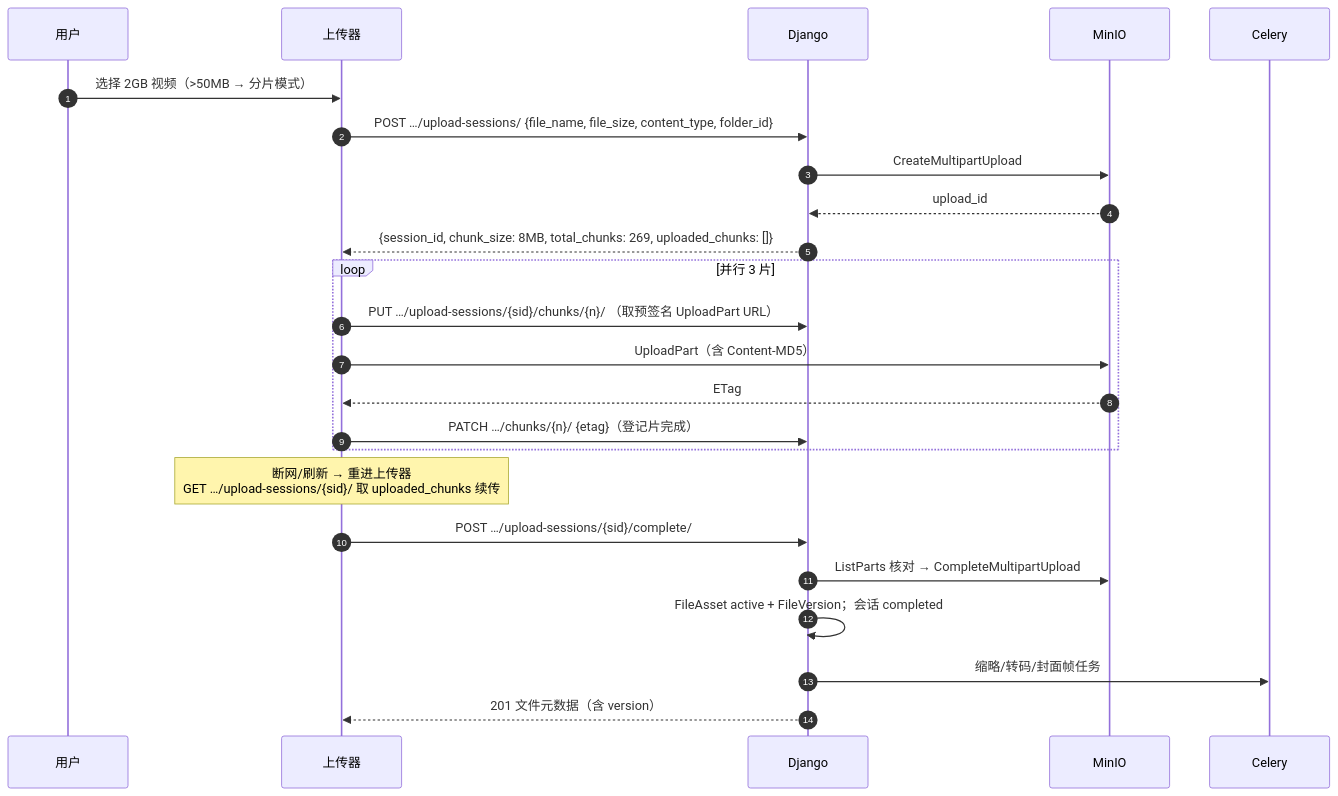
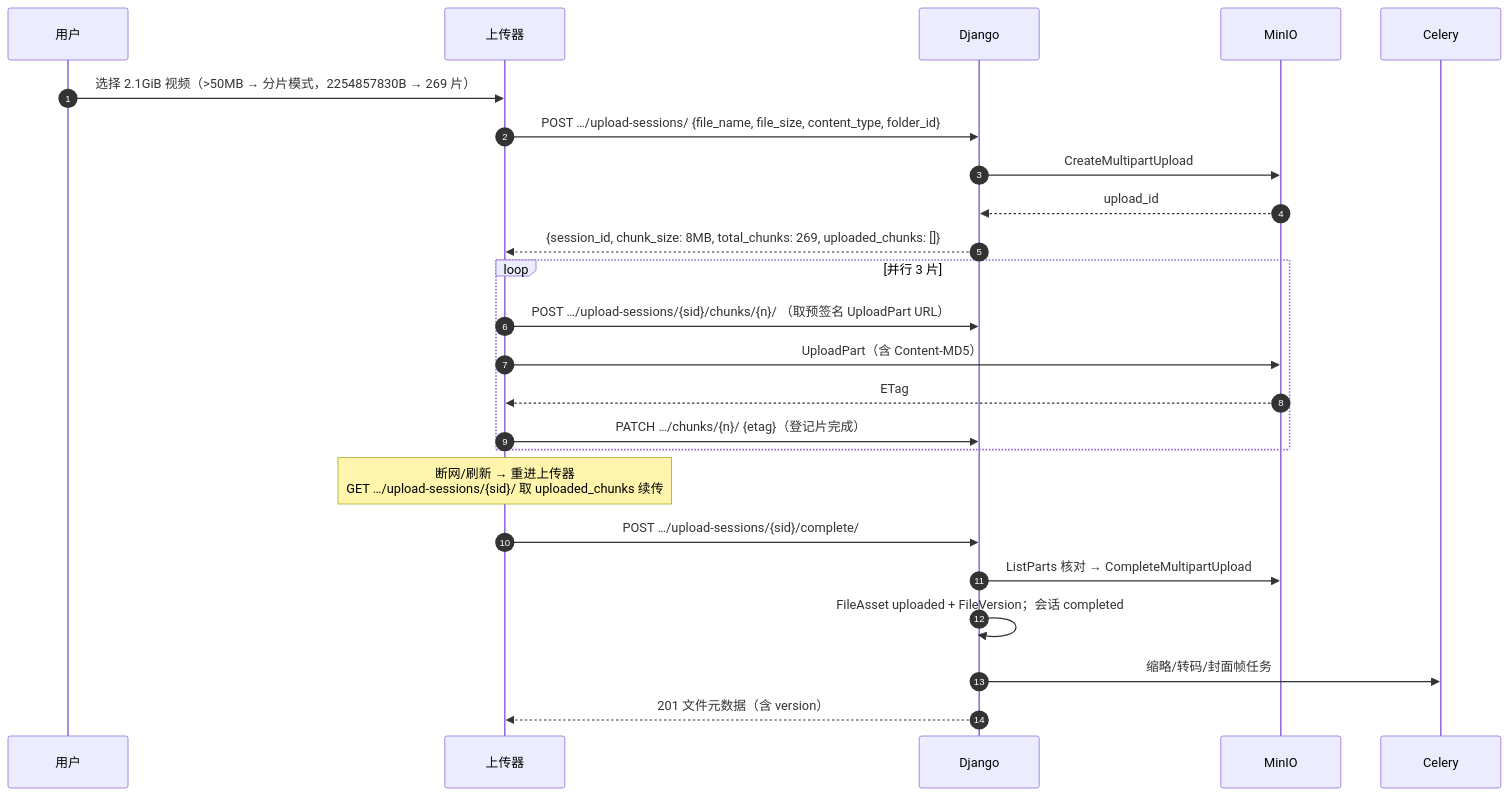
Before and after one commit to RabbitAI-Lab/RabbitProjects: the second of 5 diagrams in docs/sprint-4-gantt-file/FILE-003-preview-version.md, drawn with Mermaid. The commit also changed other lines of this file and 6 other files, not shown here.

````diff
--- a/docs/sprint-4-gantt-file/FILE-003-preview-version.md
+++ b/docs/sprint-4-gantt-file/FILE-003-preview-version.md
@@ -110,27 +122,27 @@
 ```mermaid
 sequenceDiagram
     autonumber
     participant U as 用户
     participant FE as 上传器
     participant API as Django
     participant S3 as MinIO
     participant CW as Celery
 
-    U->>FE: 选择 2GB 视频（>50MB → 分片模式）
+    U->>FE: 选择 2.1GiB 视频（>50MB → 分片模式，2254857830B → 269 片）
     FE->>API: POST …/upload-sessions/ {file_name, file_size, content_type, folder_id}
     API->>S3: CreateMultipartUpload
     S3-->>API: upload_id
     API-->>FE: {session_id, chunk_size: 8MB, total_chunks: 269, uploaded_chunks: []}
     loop 并行 3 片
-        FE->>API: PUT …/upload-sessions/{sid}/chunks/{n}/ （取预签名 UploadPart URL）
+        FE->>API: POST …/upload-sessions/{sid}/chunks/{n}/ （取预签名 UploadPart URL）
         FE->>S3: UploadPart（含 Content-MD5）
         S3-->>FE: ETag
         FE->>API: PATCH …/chunks/{n}/ {etag}（登记片完成）
     end
     Note over FE: 断网/刷新 → 重进上传器<br/>GET …/upload-sessions/{sid}/ 取 uploaded_chunks 续传
     FE->>API: POST …/upload-sessions/{sid}/complete/
     API->>S3: ListParts 核对 → CompleteMultipartUpload
-    API->>API: FileAsset active + FileVersion；会话 completed
+    API->>API: FileAsset uploaded + FileVersion；会话 completed
     API->>CW: 缩略/转码/封面帧任务
     API-->>FE: 201 文件元数据（含 version）
 ```
````
